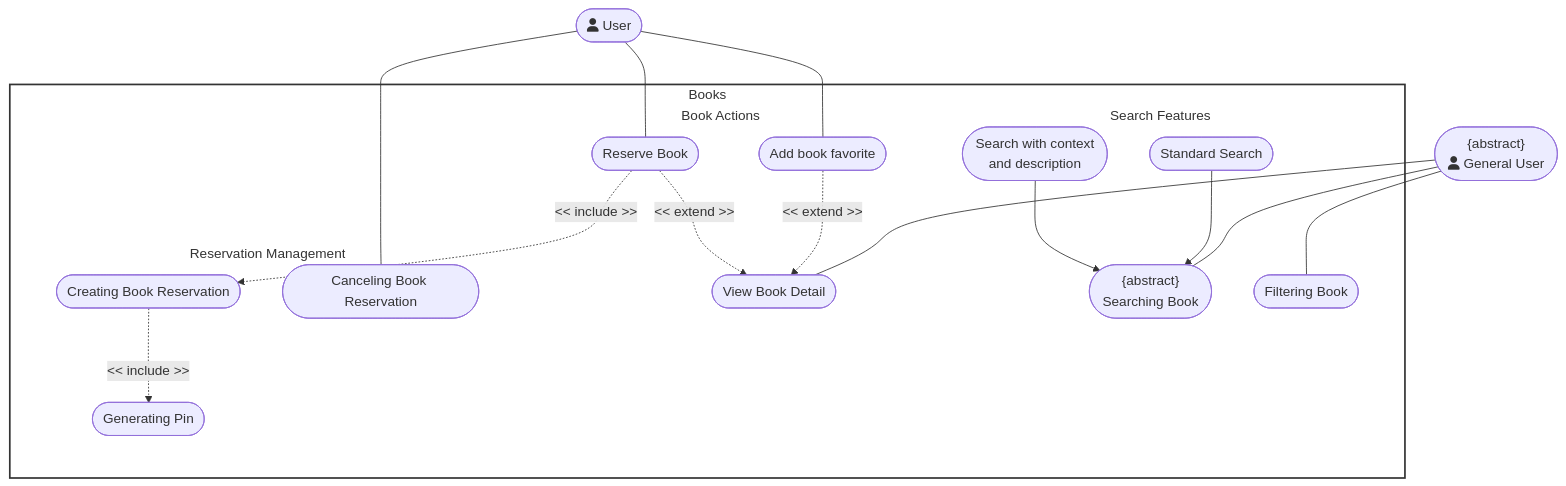
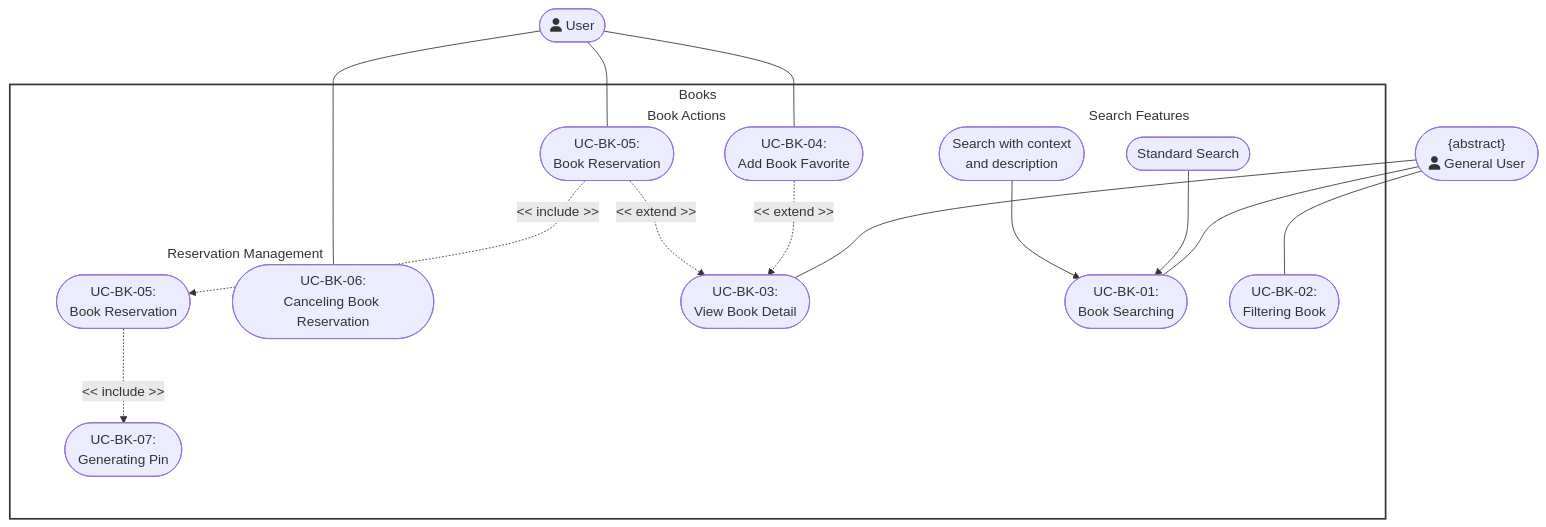
The fourth of 9 diagrams in docs/management/PA3/Use-CaseDiagram.md (DuyNhat1705/AmeThyst-Library), drawn with Mermaid before and after one commit. The commit also changed other lines of this file and 4 other files, not shown here.

````diff
--- a/docs/management/PA3/Use-CaseDiagram.md
+++ b/docs/management/PA3/Use-CaseDiagram.md
@@ -138,57 +138,57 @@
 ```mermaid
 flowchart TD
     %% Actors 
     Actor1(["<center>{abstract} <br> fa:fa-user General User</center>"])
-    Actor2(["fa:fa-user User"])
+    Actor2(["<center>fa:fa-user User</center>"])
 
     %% System Boundary Subgraph
     subgraph BooksSystem [Books]
         %% Column 1: Search & Filter Features
         subgraph SearchBlock [Search Features]
-            UC_StdSearch([Standard Search])
+            UC_StdSearch(["<center>Standard Search</center>"])
             UC_SemSearch(["<center>Search with context<br>and description</center>"])
-            UC_AbsSearching(["<center>{abstract}<br>Searching Book</center>"])
-            UC_Filter([Filtering Book])
+            UC_AbsSearching(["<center>UC-BK-01:<br>Book Searching</center>"])
+            UC_Filter(["<center>UC-BK-02:<br>Filtering Book</center>"])
         end
         
         %% Column 2: Book Actions
         subgraph ActionBlock [Book Actions]
-            UC_ViewDetail([View Book Detail])
-            UC_AddFav([Add book favorite])
-            UC_Reserve([Reserve Book])
+            UC_ViewDetail(["<center>UC-BK-03:<br>View Book Detail</center>"])
+            UC_AddFav(["<center>UC-BK-04:<br>Add Book Favorite</center>"])
+            UC_Reserve(["<center>UC-BK-05:<br>Book Reservation</center>"])
         end
         
         %% Column 3: Reservation Management
         subgraph ReserveBlock [Reservation Management]
-            UC_CreateReserve([Creating Book Reservation])
-            UC_CancelReserve([Canceling Book Reservation])
-            UC_GenPin([Generating Pin])
+            UC_CreateReserve(["<center>UC-BK-05:<br>Book Reservation</center>"])
+            UC_CancelReserve(["<center>UC-BK-06:<br>Canceling Book Reservation</center>"])
+            UC_GenPin(["<center>UC-BK-07:<br>Generating Pin</center>"])
         end
     end
 
     %% Actor Associations
     Actor1 --- UC_AbsSearching
     Actor1 --- UC_Filter
     Actor1 --- UC_ViewDetail
     Actor2 --- UC_AddFav
     Actor2 --- UC_Reserve
     Actor2 --- UC_CancelReserve
 
     %% Valid Generalization (Standard/Semantic ARE types of Search)
     UC_StdSearch --> UC_AbsSearching
     UC_SemSearch --> UC_AbsSearching
 
     %% Extend & Include Relationships
     UC_AddFav -. "<< extend >>" .-> UC_ViewDetail
     UC_Reserve -. "<< extend >>" .-> UC_ViewDetail
     
     %% Generating PIN is an INCLUDED step during reservation creation
     UC_CreateReserve -. "<< include >>" .-> UC_GenPin
     UC_Reserve -. "<< include >>" .-> UC_CreateReserve
 
     %% Styling
     style BooksSystem fill:#fff,stroke:#333,stroke-width:2px
     style SearchBlock fill:none,stroke:none
     style ActionBlock fill:none,stroke:none
     style ReserveBlock fill:none,stroke:none
 ```
````
